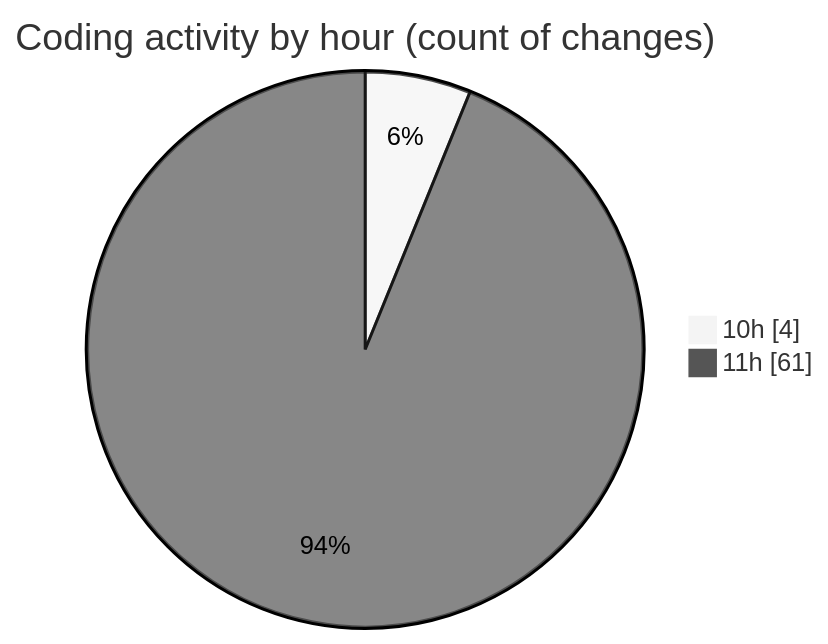
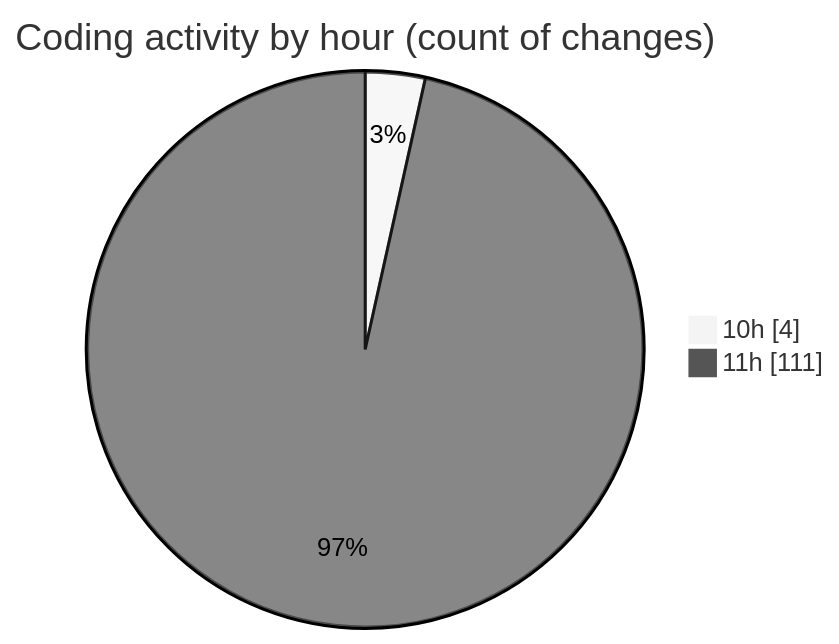
The second of 2 diagrams in 2025-04-14/nxtqube_webapp/README.md (nxtqubesakshisongat/code-tracking), drawn with Mermaid (neutral theme) before and after one commit. The commit also changed other lines of this file and 1 other file, not shown here.

````diff
--- a/2025-04-14/nxtqube_webapp/README.md
+++ b/2025-04-14/nxtqube_webapp/README.md
@@ -32,6 +32,6 @@
 ```mermaid
 pie showData
 title Coding activity by hour (count of changes)
 "10h" : 4
-"11h" : 61
+"11h" : 111
 ```
````
